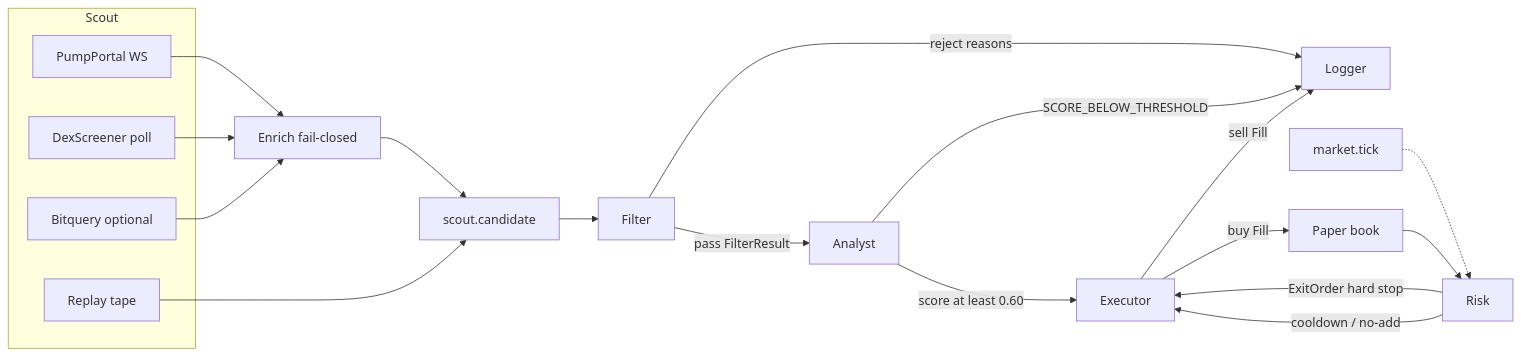
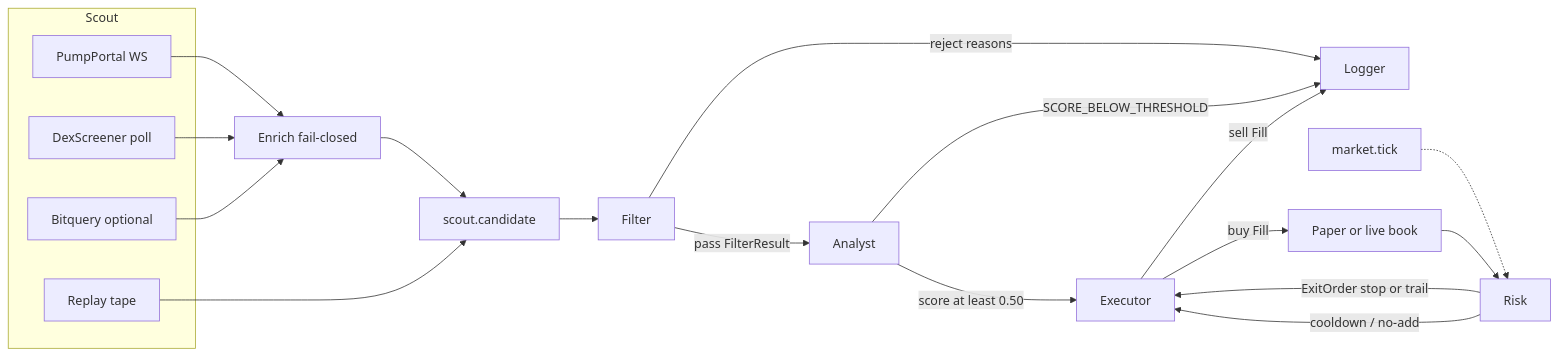
One commit to Strobingn/night-desk changed the diagram in README.md. Above: the diagram before and after it, drawn with Mermaid. The commit also changed other lines of this file and 285 other files, not shown here.

````diff
--- a/README.md
+++ b/README.md
@@ -158,25 +139,25 @@
 ```mermaid
 flowchart LR
   subgraph discover [Scout]
     Pump[PumpPortal WS]
     Dex[DexScreener poll]
     Bit[Bitquery optional]
     Replay[Replay tape]
   end
   Pump --> Enrich[Enrich fail-closed]
   Dex --> Enrich
   Bit --> Enrich
   Enrich --> Candidate[scout.candidate]
   Replay --> Candidate
   Candidate --> Filter
   Filter -->|pass FilterResult| Analyst
   Filter -->|reject reasons| Logger
-  Analyst -->|score at least 0.60| Executor
+  Analyst -->|score at least 0.50| Executor
   Analyst -->|SCORE_BELOW_THRESHOLD| Logger
-  Executor -->|buy Fill| Book[Paper book]
+  Executor -->|buy Fill| Book[Paper or live book]
   Ticks[market.tick] -.-> Risk
   Book --> Risk
-  Risk -->|ExitOrder hard stop| Executor
+  Risk -->|ExitOrder stop or trail| Executor
   Executor -->|sell Fill| Logger
   Risk -->|cooldown / no-add| Executor
 ```
````
